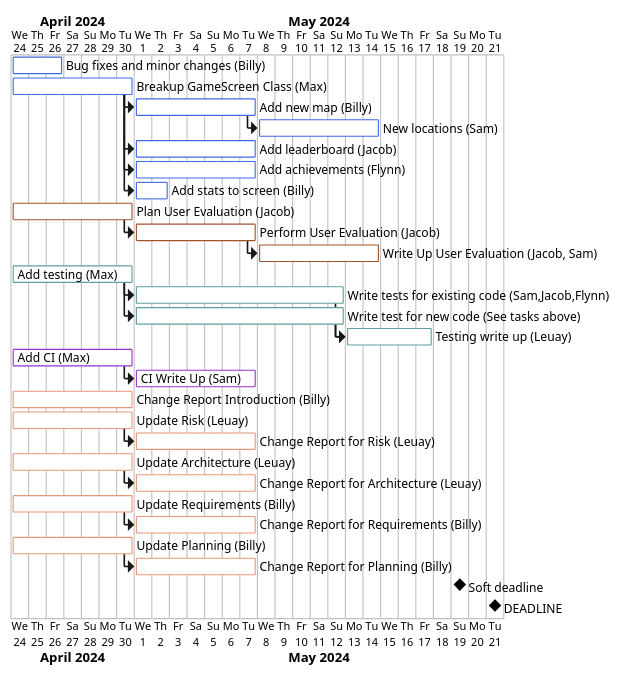
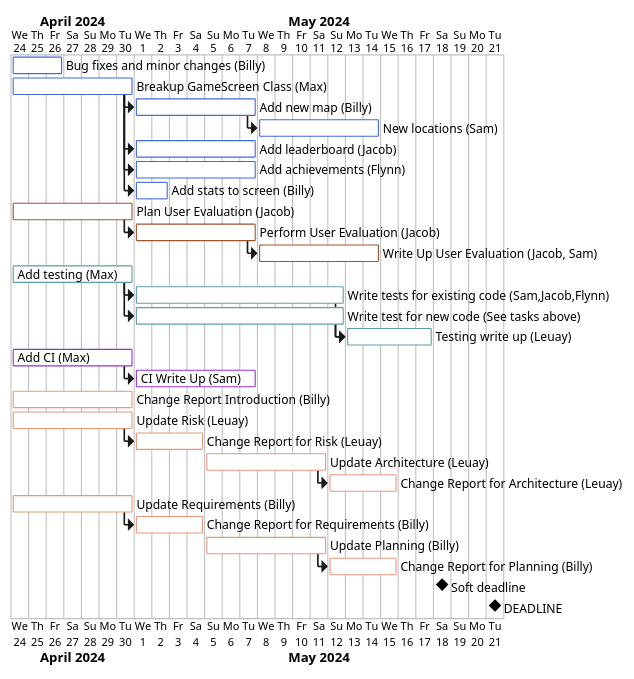
One commit to MaxIrv/Group-20-HesHus-Game changed the diagram in diagrams/initial.puml. Above: the diagram before and after it, drawn with PlantUML.

Commit message:
Staggered the change report tasks

```diff
--- a/diagrams/initial.puml
+++ b/diagrams/initial.puml
@@ -1,120 +1,120 @@
 @startgantt
 <style>
 ganttDiagram {
   task {
     BackGroundColor RoyalBlue
     LineColor RoyalBlue
   }
 }
 </style>
 project starts on the 24th April 2024
 ' Implementation
 [Bug fixes and minor changes (Billy)] as [Bug fixes and minor changes] requires 3 days
 [Breakup GameScreen Class (Max)] as [Breakup GameScreen Class] requires 7 days
 [Add new map (Billy)] as [Add new map] starts at [Breakup GameScreen Class]'s end
 [Add new map] requires 7 days
 [New locations (Sam)] as [New locations] requires 7 days
 [New locations] starts at [Add new map]'s end
 [Add leaderboard (Jacob)] as [Add leaderboard] requires 7 days
 [Add leaderboard] starts at [Breakup GameScreen Class]'s end
 [Add achievements (Flynn)] as [Add achievements] requires 7 days
 [Add achievements] starts at [Breakup GameScreen Class]'s end
 [Add stats to screen (Billy)] as [Add stats] requires 2 days
 [Add stats] starts at [Breakup GameScreen Class]'s end
 <style>
 ganttDiagram {
   task {
     BackGroundColor Sienna
     LineColor Sienna
   }
 }
 </style>
 [Plan User Evaluation (Jacob)] as [Plan User Evaluation] requires 7 days
 [Perform User Evaluation (Jacob)] as [Perform User Evaluation] requires 7 days
 [Perform User Evaluation] starts at [Plan User Evaluation]'s end
 [Write Up User Evaluation (Jacob, Sam)] as [Write Up User Evaluation] requires 7 days
 [Write Up User Evaluation] starts at [Perform User Evaluation]'s end
 
 <style>
 ganttDiagram {
   task {
     BackGroundColor CadetBlue
     LineColor CadetBlue
   }
 }
 </style>
 [Add testing (Max)] as [Add testing] requires 7 days
 [Write tests for existing code (Sam,Jacob,Flynn)] as [Write tests for existing code] requires 12 days
 [Write tests for existing code] starts at [Add testing]'s end
 [Write test for new code (See tasks above)] as [Write test for new code] requires 12 days
 [Write test for new code] starts at [Add testing]'s end
 [Testing write up (Leuay)] as [Testing write up] requires 5 days
 [Testing write up] starts at [Write tests for existing code]'s end
 [Testing write up] starts at [Write test for new code]'s end
 <style>
 ganttDiagram {
   task {
     BackGroundColor DarkOrchid
     LineColor DarkOrchid
   }
 }
 </style>
 [Add CI (Max)] as [Add CI] requires 7 days
 [CI Write Up (Sam)] as [CI Write Up] requires 7 days
 [CI Write Up] starts at [Add CI]'s end
 <style>
 ganttDiagram {
   task {
     BackGroundColor DarkSalmon
     LineColor DarkSalmon
   }
 }
 </style>
 [Change Report Introduction (Billy)] as [Change Report Introduction] requires 7 days
 [Update Risk (Leuay)] as [Update Risk] requires 7 days
-[Change Report for Risk (Leuay)] as [Change Report for Risk] requires 7 days
+[Change Report for Risk (Leuay)] as [Change Report for Risk] requires 4 days
 [Update Architecture (Leuay)] as [Update Architecture] requires 7 days
-[Change Report for Architecture (Leuay)] as [Change Report for Architecture] requires 7 days
+[Change Report for Architecture (Leuay)] as [Change Report for Architecture] requires 4 days
 [Update Requirements (Billy)] as [Update Requirements] requires 7 days
-[Change Report for Requirements (Billy)] as [Change Report for Requirements] requires 7 days
+[Change Report for Requirements (Billy)] as [Change Report for Requirements] requires 4 days
 [Update Planning (Billy)] as [Update Planning] requires 7 days
-[Change Report for Planning (Billy)] as [Change Report for Planning] requires 7 days
+[Update Planning] starts on 2024-05-5
+[Update Architecture] starts on 2024-05-5
+[Change Report for Planning (Billy)] as [Change Report for Planning] requires 4 days
 
 [Change Report for Architecture] starts at [Update Architecture]'s end
 [Change Report for Requirements] starts at [Update Requirements]'s end
 [Change Report for Risk] starts at [Update Risk]'s end
 [Change Report for Planning] starts at [Update Planning]'s end
 
-[Soft deadline] happens at 2024-05-19
+[Soft deadline] happens at 2024-05-18
 [DEADLINE] happens at 2024-05-21
 
 [Breakup GameScreen Class] is 0% complete
 [Bug fixes and minor changes] is 0% complete
 [Add new map] is 0% complete
 [New locations] is 0% complete
 [Add leaderboard] is 0% complete
 [Add achievements] is 0% complete
 [Add stats] is 0% complete
 
 [Plan User Evaluation] is 0% complete
 [Perform User Evaluation] is 0% complete
 [Write Up User Evaluation] is 0% complete
 
 [Testing write up] is 0% complete
 [Add testing] is 0% complete
 [Write tests for existing code] is 0% complete
 [Write test for new code] is 0% complete
 [Add CI] is 0% complete
 [CI Write Up] is 0% complete
 [Update Planning] is 0% complete
 [Update Risk] is 0% complete
 [Update Requirements] is 0% complete
 [Update Architecture] is 0% complete
 [Change Report for Architecture] is 0% complete
 [Change Report for Planning] is 0% complete
 [Change Report for Risk] is 0% complete
 [Change Report for Requirements] is 0% complete
 [Change Report Introduction] is 0% complete
-
-
 @endgantt
```
